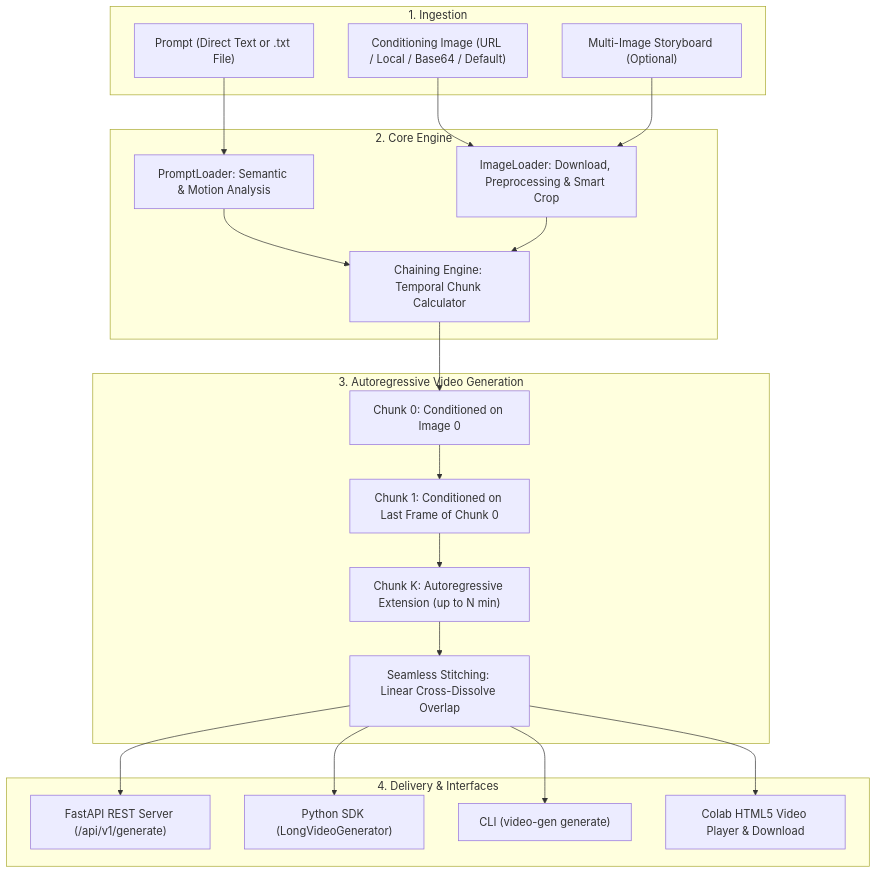
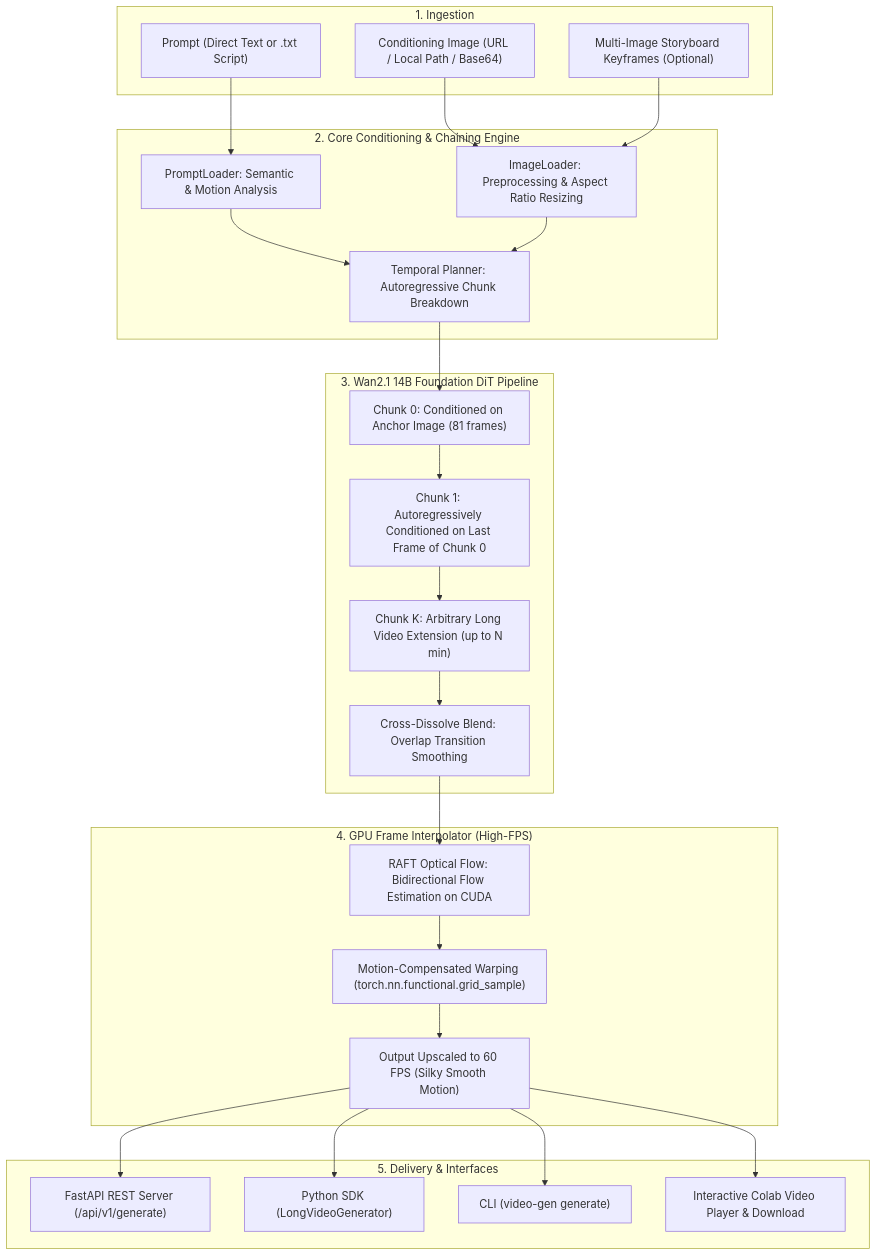
The diagram in README.md (khangtruong-ui/video-generation-prototype), drawn with Mermaid before and after one commit. The commit also changed other lines of this file and 21 other files, not shown here.

First line of the commit message:
feat: default to Wan2.1 14B on L4 GPU and add high-FPS deep optical flow frame interpolation

````diff
--- a/README.md
+++ b/README.md
@@ -32,42 +39,51 @@
 ```mermaid
 flowchart TD
     subgraph Inputs["1. Ingestion"]
-        A1["Prompt (Direct Text or .txt File)"]
-        A2["Conditioning Image (URL / Local / Base64 / Default)"]
-        A3["Multi-Image Storyboard (Optional)"]
+        A1["Prompt (Direct Text or .txt Script)"]
+        A2["Conditioning Image (URL / Local Path / Base64)"]
+        A3["Multi-Image Storyboard Keyframes (Optional)"]
     end
 
-    subgraph Core["2. Core Engine"]
+    subgraph Core["2. Core Conditioning & Chaining Engine"]
         B1["PromptLoader: Semantic & Motion Analysis"]
-        B2["ImageLoader: Download, Preprocessing & Smart Crop"]
-        B3["Chaining Engine: Temporal Chunk Calculator"]
+        B2["ImageLoader: Preprocessing & Aspect Ratio Resizing"]
+        B3["Temporal Planner: Autoregressive Chunk Breakdown"]
     end
 
-    subgraph Generation["3. Autoregressive Video Generation"]
-        C1["Chunk 0: Conditioned on Image 0"]
-        C2["Chunk 1: Conditioned on Last Frame of Chunk 0"]
-        C3["Chunk K: Autoregressive Extension (up to N min)"]
-        C4["Seamless Stitching: Linear Cross-Dissolve Overlap"]
+    subgraph Diffusion["3. Wan2.1 14B Foundation DiT Pipeline"]
+        C1["Chunk 0: Conditioned on Anchor Image (81 frames)"]
+        C2["Chunk 1: Autoregressively Conditioned on Last Frame of Chunk 0"]
+        C3["Chunk K: Arbitrary Long Video Extension (up to N min)"]
+        C4["Cross-Dissolve Blend: Overlap Transition Smoothing"]
     end
 
-    subgraph Output["4. Delivery & Interfaces"]
-        D1["FastAPI REST Server (/api/v1/generate)"]
-        D2["Python SDK (LongVideoGenerator)"]
-        D3["CLI (video-gen generate)"]
-        D4["Colab HTML5 Video Player & Download"]
+    subgraph Interpolator["4. GPU Frame Interpolator (High-FPS)"]
+        D1["RAFT Optical Flow: Bidirectional Flow Estimation on CUDA"]
+        D2["Motion-Compensated Warping (torch.nn.functional.grid_sample)"]
+        D3["Output Upscaled to 60 FPS (Silky Smooth Motion)"]
+    end
+
+    subgraph Output["5. Delivery & Interfaces"]
+        E1["FastAPI REST Server (/api/v1/generate)"]
+        E2["Python SDK (LongVideoGenerator)"]
+        E3["CLI (video-gen generate)"]
+        E4["Interactive Colab Video Player & Download"]
     end
 
     A1 --> B1
     A2 --> B2
     A3 --> B2
     B1 --> B3
     B2 --> B3
     B3 --> C1
     C1 --> C2
     C2 --> C3
     C3 --> C4
     C4 --> D1
-    C4 --> D2
-    C4 --> D3
-    C4 --> D4
+    D1 --> D2
+    D2 --> D3
+    D3 --> E1
+    D3 --> E2
+    D3 --> E3
+    D3 --> E4
 ```
````
